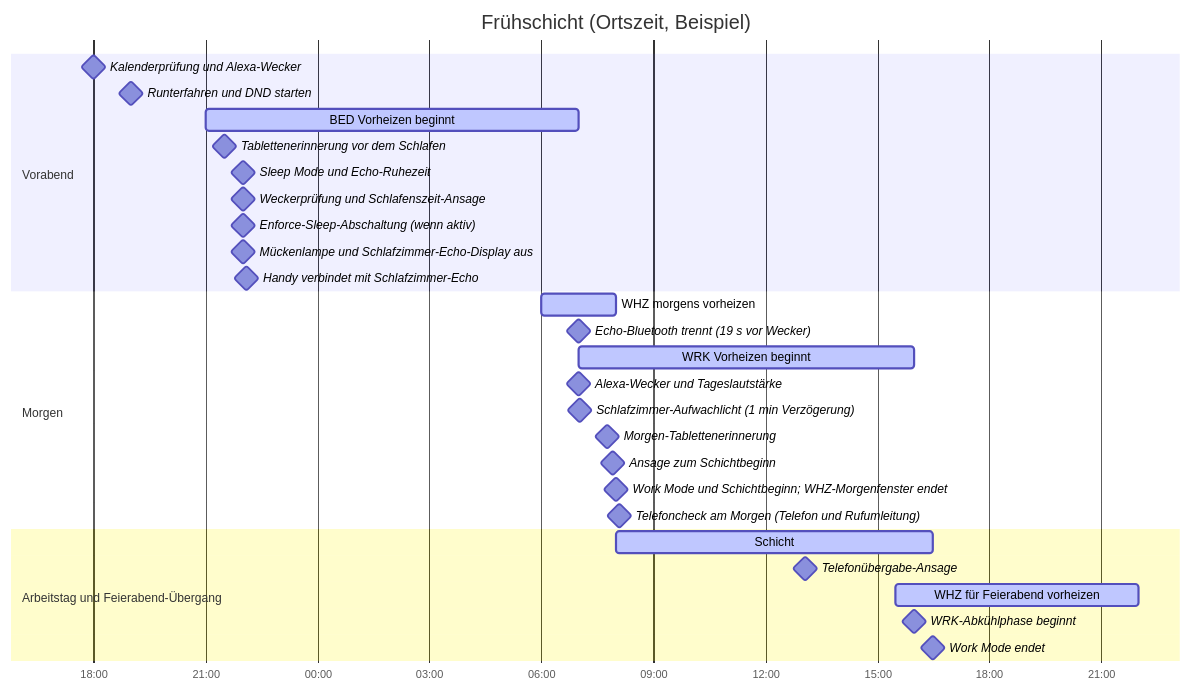
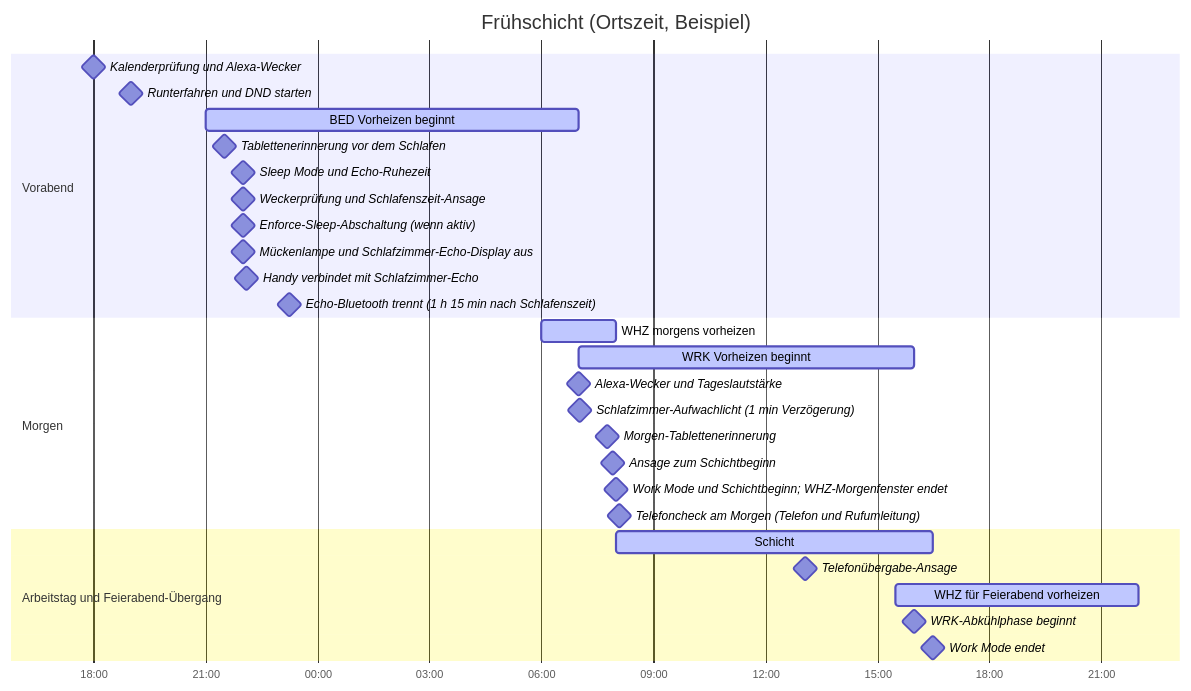
The third of 3 diagrams in README.de.md (theniwo/homeassistant), drawn with Mermaid before and after one commit. The commit also changed other lines of this file and 2 other files, not shown here.

````diff
--- a/README.de.md
+++ b/README.de.md
@@ -178,32 +180,32 @@
 ```mermaid
 gantt
     title Frühschicht (Ortszeit, Beispiel)
     dateFormat YYYY-MM-DD HH:mm
     axisFormat %H:%M
     section Vorabend
     Kalenderprüfung und Alexa-Wecker :milestone, 2026-10-27 18:00, 0m
     Runterfahren und DND starten :milestone, 2026-10-27 19:00, 0m
     BED Vorheizen beginnt :active, 2026-10-27 21:00, 600m
     Tablettenerinnerung vor dem Schlafen :milestone, 2026-10-27 21:30, 0m
     Sleep Mode und Echo-Ruhezeit :milestone, 2026-10-27 22:00, 0m
     Weckerprüfung und Schlafenszeit-Ansage :milestone, 2026-10-27 22:00, 0m
     Enforce-Sleep-Abschaltung (wenn aktiv) :milestone, 2026-10-27 22:00, 0m
     Mückenlampe und Schlafzimmer-Echo-Display aus :milestone, 2026-10-27 22:00, 0m
     Handy verbindet mit Schlafzimmer-Echo :milestone, 2026-10-27 22:05, 0m
+    Echo-Bluetooth trennt (1 h 15 min nach Schlafenszeit) :milestone, 2026-10-27 23:15, 0m
     section Morgen
     WHZ morgens vorheizen :active, 2026-10-28 06:00, 120m
-    Echo-Bluetooth trennt (19 s vor Wecker) :milestone, 2026-10-28 06:59, 0m
     WRK Vorheizen beginnt :active, 2026-10-28 07:00, 540m
     Alexa-Wecker und Tageslautstärke :milestone, 2026-10-28 07:00, 0m
     Schlafzimmer-Aufwachlicht (1 min Verzögerung) :milestone, 2026-10-28 07:01, 0m
     Morgen-Tablettenerinnerung :milestone, 2026-10-28 07:45, 0m
     Ansage zum Schichtbeginn :milestone, 2026-10-28 07:55, 0m
     Work Mode und Schichtbeginn; WHZ-Morgenfenster endet :milestone, 2026-10-28 08:00, 0m
     Telefoncheck am Morgen (Telefon und Rufumleitung) :milestone, 2026-10-28 08:05, 0m
     section Arbeitstag und Feierabend-Übergang
     Schicht :active, 2026-10-28 08:00, 510m
     Telefonübergabe-Ansage :milestone, 2026-10-28 13:05, 0m
     WHZ für Feierabend vorheizen :active, 2026-10-28 15:30, 390m
     WRK-Abkühlphase beginnt :milestone, 2026-10-28 16:00, 0m
     Work Mode endet :milestone, 2026-10-28 16:30, 0m
 ```
````
